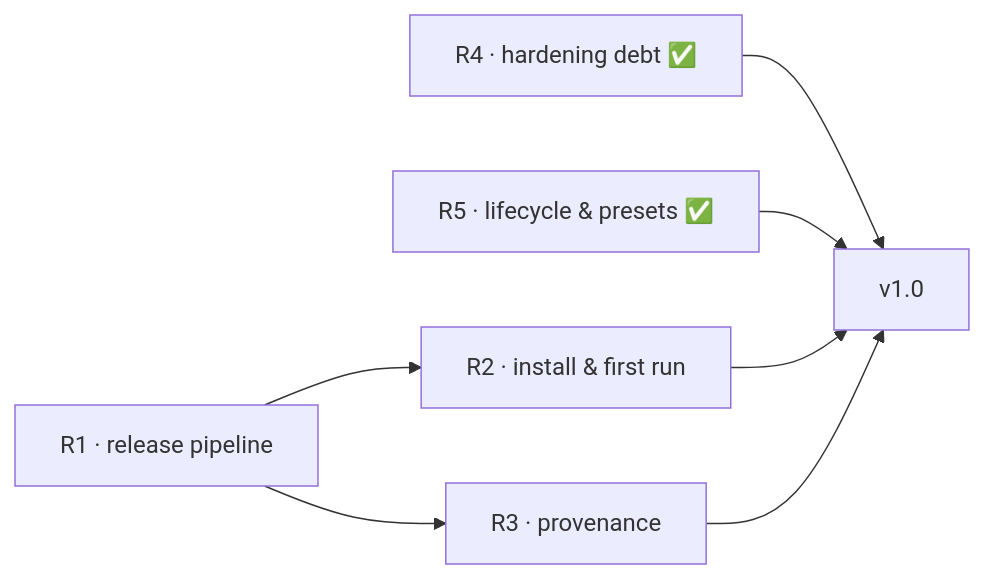
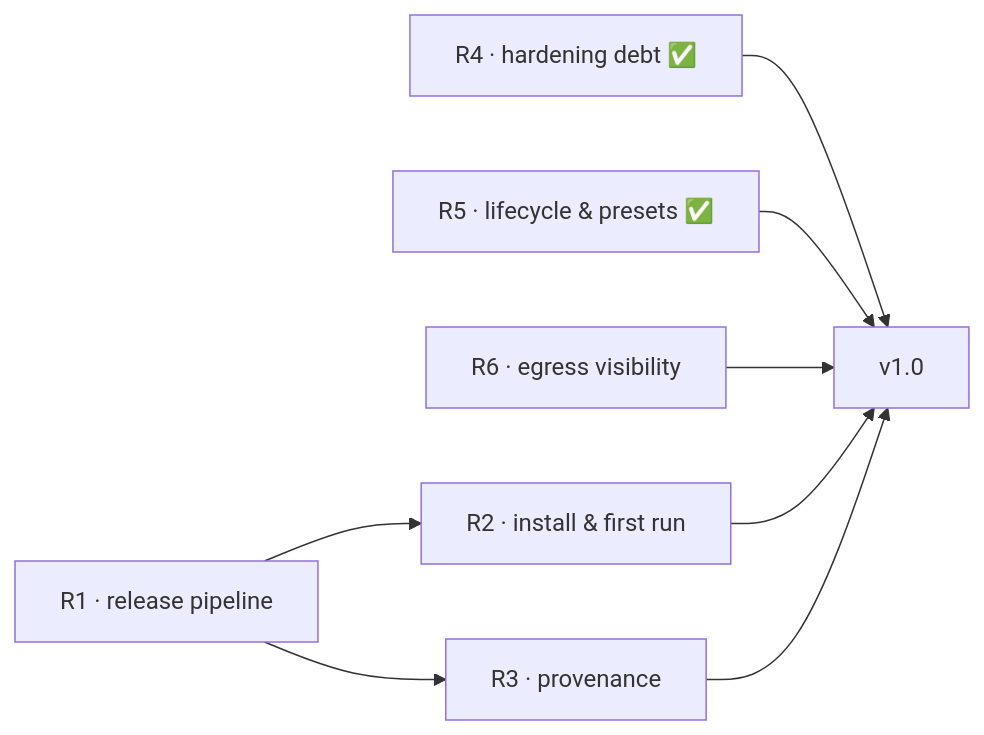
The diagram in ROADMAP.md (chrisdruta/vibe-tui-box), drawn with Mermaid before and after one commit. The commit also changed other lines of this file and 2 other files, not shown here.

First line of the commit message:
the backlog survives its audit — tombstones fall, egress graduates to R6, the briefing finds its wiring

````diff
--- a/ROADMAP.md
+++ b/ROADMAP.md
@@ -35,9 +35,10 @@
 ```mermaid
 flowchart LR
     R1["R1 · release pipeline"] --> R2["R2 · install & first run"]
     R1 --> R3["R3 · provenance"]
     R4["R4 · hardening debt ✅"] --> G
     R5["R5 · lifecycle & presets ✅"] --> G
+    R6["R6 · egress visibility"] --> G
     R2 --> G["v1.0"]
     R3 --> G
 ```
````
